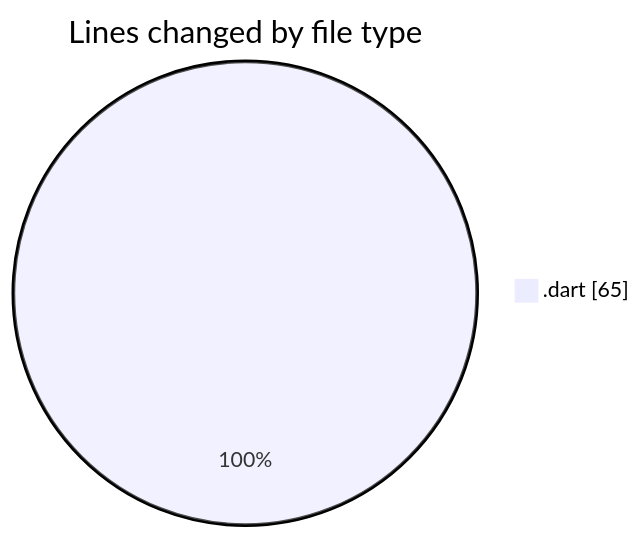
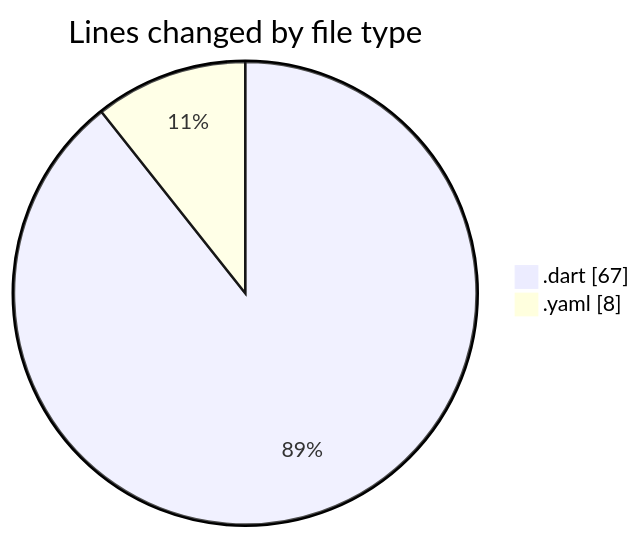
The first of 2 diagrams in 2025-07-30/appproject/README.md (lephambinh05/code-tracking), drawn with Mermaid before and after one commit. The commit also changed other lines of this file and 1 other file, not shown here.

````diff
--- a/2025-07-30/appproject/README.md
+++ b/2025-07-30/appproject/README.md
@@ -20,5 +22,6 @@
 ```mermaid
 pie showData
 title Lines changed by file type
-".dart" : 65
+".dart" : 67
+".yaml" : 8
 ```
````
